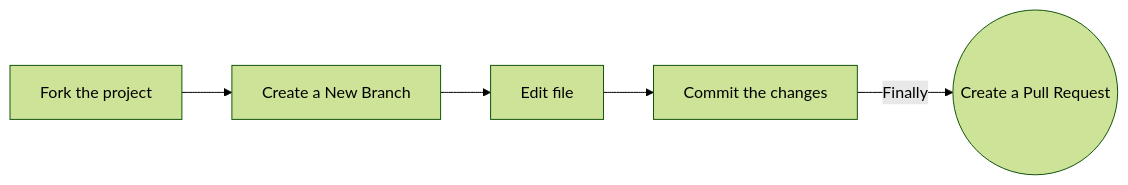
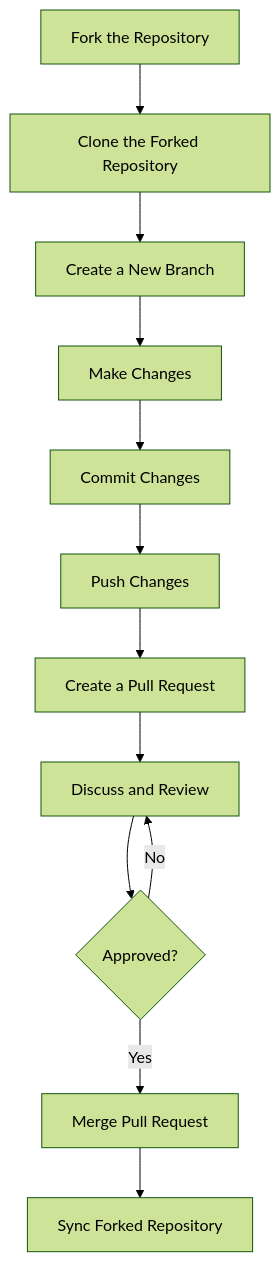
One commit to sanjay-kv/Open-source-Practice changed the diagram in README.md. Above: the diagram before and after it, drawn with Mermaid (forest theme).

Commit message:
Update README.md
Update Mermaid Graph for better understanding

````diff
--- a/README.md
+++ b/README.md
@@ -12,7 +12,14 @@
 ```mermaid
-flowchart LR
-    Fork[Fork the project]-->branch[Create a New Branch]
-    branch-->Edit[Edit file]
-    Edit-->commit[Commit the changes]
-    commit -->|Finally|creatpr((Create a Pull Request))
+graph TD;
+    A[Fork the Repository] --> B[Clone the Forked Repository];
+    B --> C[Create a New Branch];
+    C --> D[Make Changes];
+    D --> E[Commit Changes];
+    E --> F[Push Changes];
+    F --> G[Create a Pull Request];
+    G --> H[Discuss and Review];
+    H --> I{Approved?};
+    I -->|Yes| J[Merge Pull Request];
+    I -->|No| H;
+    J --> K[Sync Forked Repository];
 ```
````
